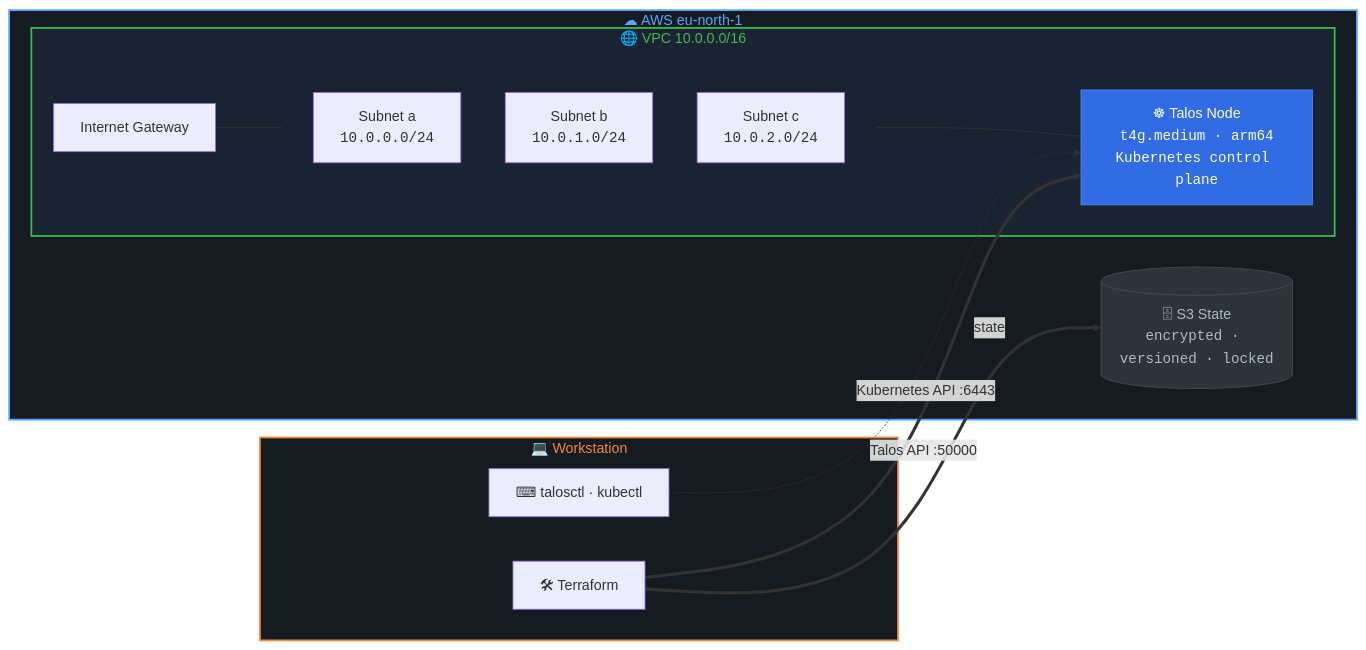
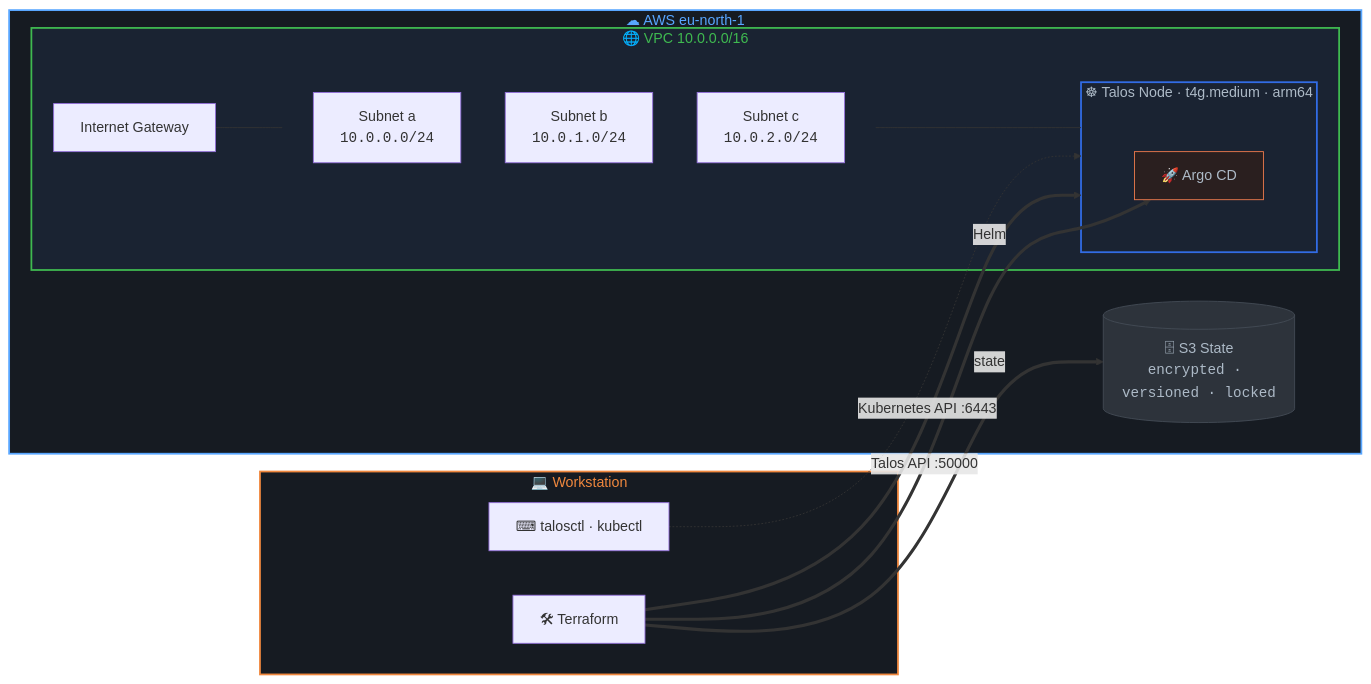
The first of 3 diagrams in README.md (infrasam/aws-platform-iac), drawn with Mermaid before and after one commit. The commit also changed other lines of this file, not shown here.

Commit message:
Document platform stack and Argo CD in README

````diff
--- a/README.md
+++ b/README.md
@@ -15,35 +17,39 @@
 ```mermaid
 flowchart LR
     subgraph local["💻 Workstation"]
         tf["🛠 Terraform"]
         cli["⌨ talosctl · kubectl"]
     end
 
     subgraph aws["☁ AWS eu-north-1"]
         s3[("🗄 S3 State<br/><code>encrypted · versioned · locked</code>")]
 
         subgraph vpc["🌐 VPC 10.0.0.0/16"]
             igw["Internet Gateway"]
             subgraph azs[" "]
                 direction TB
                 az_a["Subnet a<br/><code>10.0.0.0/24</code>"]
                 az_b["Subnet b<br/><code>10.0.1.0/24</code>"]
                 az_c["Subnet c<br/><code>10.0.2.0/24</code>"]
             end
-            node["☸ Talos Node<br/><code>t4g.medium · arm64<br/>Kubernetes control plane</code>"]
+            subgraph node["☸ Talos Node · t4g.medium · arm64"]
+                argocd["🚀 Argo CD"]
+            end
         end
     end
 
     tf ==>|"state"| s3
     tf ==>|"Talos API :50000"| node
+    tf ==>|"Helm"| argocd
     cli -.->|"Kubernetes API :6443"| node
     igw --- azs
     az_a --- node
 
     style local fill:#161b22,stroke:#f0883e,color:#f0883e,stroke-width:2px
     style aws fill:#161b22,stroke:#58a6ff,color:#58a6ff,stroke-width:2px
     style vpc fill:#1a2332,stroke:#3fb950,color:#3fb950,stroke-width:2px
     style azs fill:transparent,stroke:none
-    style node fill:#326ce5,stroke:#4a8af4,color:#fff
+    style node fill:#1a2332,stroke:#326ce5,color:#adbac7,stroke-width:2px
+    style argocd fill:#2a1f1f,stroke:#ef7b4d,color:#adbac7
     style s3 fill:#2d333b,stroke:#444c56,color:#adbac7
 ```
````
